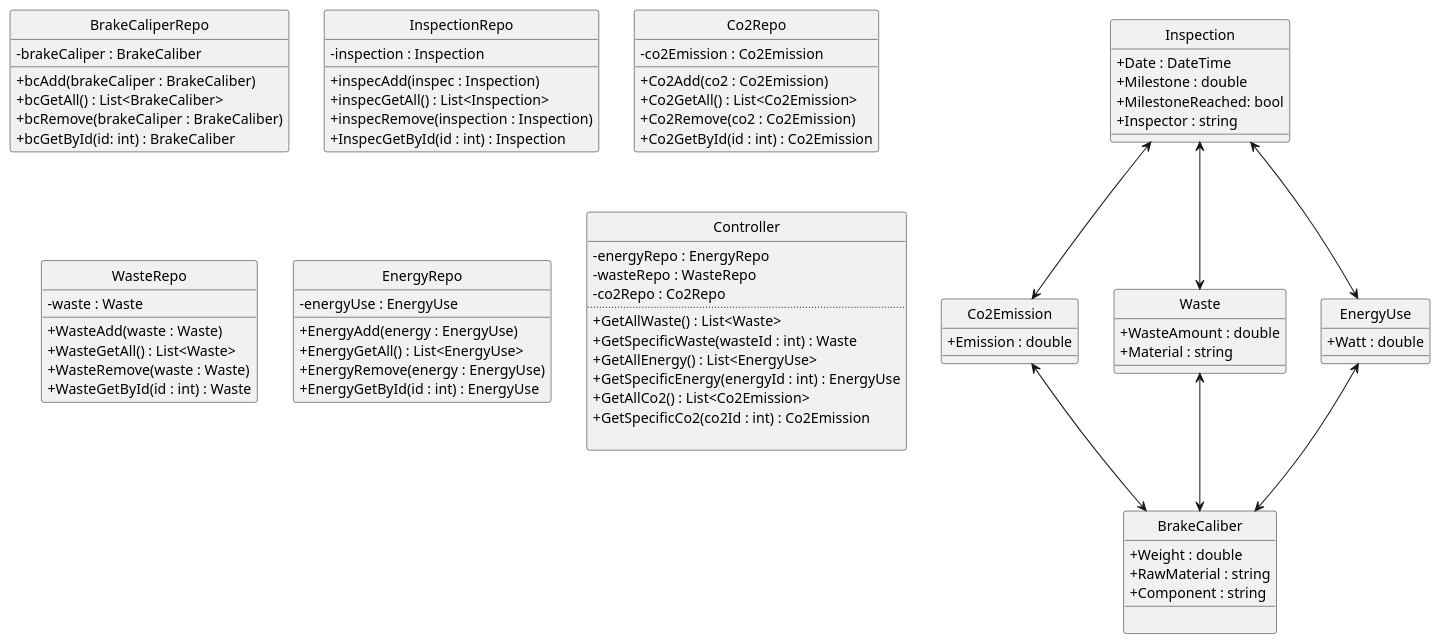
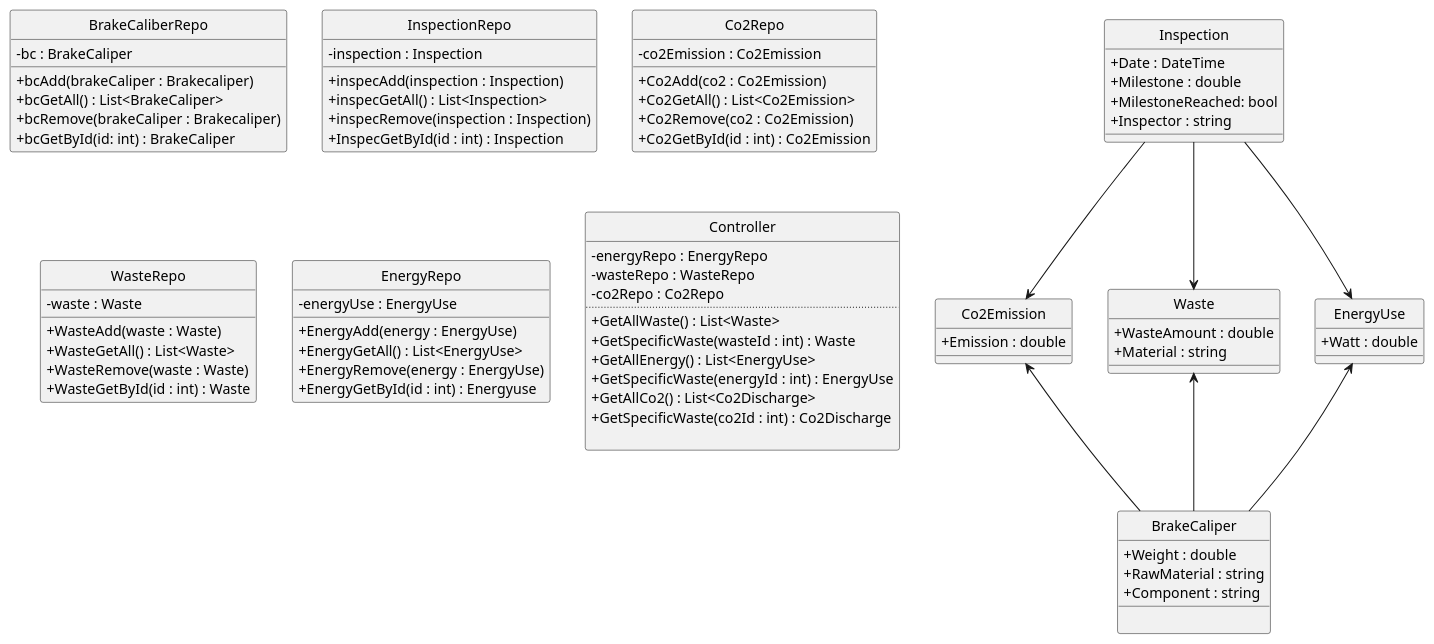
One commit to FilipMeldal/Team1A changed the diagram in Budweg/Artefacts/BudwegDCD.plantuml. Above: the diagram before and after it, drawn with PlantUML.

Commit message:
Tilføjet de sidste Repos og klasser til Solution

```diff
--- a/Budweg/Artefacts/BudwegDCD.plantuml
+++ b/Budweg/Artefacts/BudwegDCD.plantuml
@@ -1,112 +1,115 @@
 @startuml
 hide circle
 skinparam classAttributeIconSize 0
 
-Co2Emission  <-->  BrakeCaliber
-Waste      <-->  BrakeCaliber
-EnergyUse  <-->  BrakeCaliber
-Inspection  <-->  Co2Emission
-Inspection  <-->  Waste
-Inspection  <-->  EnergyUse
+Co2Emission  <--  BrakeCaliper
+Waste      <--  BrakeCaliper
+EnergyUse  <--  BrakeCaliper
+Inspection  -->  Co2Emission
+Inspection  -->  Waste
+Inspection  -->  EnergyUse
 
 
-Class BrakeCaliber
+Class BrakeCaliper
 {
     +Weight : double
     +RawMaterial : string
     +Component : string
     __
     
 }
 
 Class Co2Emission 
 {
     +Emission : double
 }
 
 Class Waste
 {
     +WasteAmount : double
     +Material : string
 }
 
 Class EnergyUse
 {
     +Watt : double
 }
 
 Class Inspection
 {
     +Date : DateTime
     +Milestone : double
     +MilestoneReached: bool
     +Inspector : string
 }
 
-Class BrakeCaliperRepo
+Class BrakeCaliberRepo
 {
-    -brakeCaliper : BrakeCaliber
+    -bc : BrakeCaliper
     __
-    +bcAdd(brakeCaliper : BrakeCaliber)
-    +bcGetAll() : List<BrakeCaliber>
-    +bcRemove(brakeCaliper : BrakeCaliber)   
-    +bcGetById(id: int) : BrakeCaliber
+    +bcAdd(brakeCaliper : Brakecaliper)
+    +bcGetAll() : List<BrakeCaliper>
+    +bcRemove(brakeCaliper : Brakecaliper)   
+    +bcGetById(id: int) : BrakeCaliper
 }
 
 Class InspectionRepo
 { 
     -inspection : Inspection
     __
-    +inspecAdd(inspec : Inspection)
+    +inspecAdd(inspection : Inspection)
     +inspecGetAll() : List<Inspection>
     +inspecRemove(inspection : Inspection)
     +InspecGetById(id : int) : Inspection
 }
 
 
 Class Co2Repo
 {
     -co2Emission : Co2Emission
     __
     +Co2Add(co2 : Co2Emission)
     +Co2GetAll() : List<Co2Emission>
     +Co2Remove(co2 : Co2Emission)
     +Co2GetById(id : int) : Co2Emission
 }
 
 Class WasteRepo
 {
     -waste : Waste
     __
     +WasteAdd(waste : Waste)
     +WasteGetAll() : List<Waste>
     +WasteRemove(waste : Waste)
     +WasteGetById(id : int) : Waste
 }
 
 Class EnergyRepo
 {
     -energyUse : EnergyUse
     __
     +EnergyAdd(energy : EnergyUse)
     +EnergyGetAll() : List<EnergyUse>
     +EnergyRemove(energy : EnergyUse)
-    +EnergyGetById(id : int) : EnergyUse
+    +EnergyGetById(id : int) : Energyuse
 }
+
+
+
 
 Class Controller
 {
 -energyRepo : EnergyRepo
 -wasteRepo : WasteRepo
 -co2Repo : Co2Repo
 ..
 +GetAllWaste() : List<Waste>
 +GetSpecificWaste(wasteId : int) : Waste
 +GetAllEnergy() : List<EnergyUse>
-+GetSpecificEnergy(energyId : int) : EnergyUse
-+GetAllCo2() : List<Co2Emission>
-+GetSpecificCo2(co2Id : int) : Co2Emission
++GetSpecificWaste(energyId : int) : EnergyUse
++GetAllCo2() : List<Co2Discharge>
++GetSpecificWaste(co2Id : int) : Co2Discharge
 
 }
 
 @enduml
```
